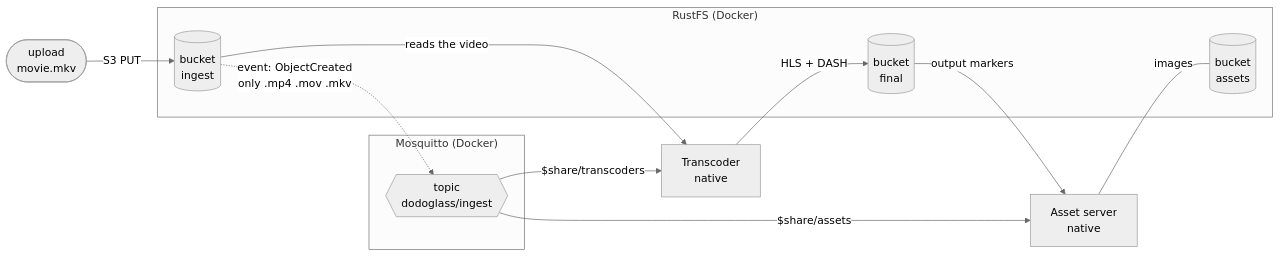
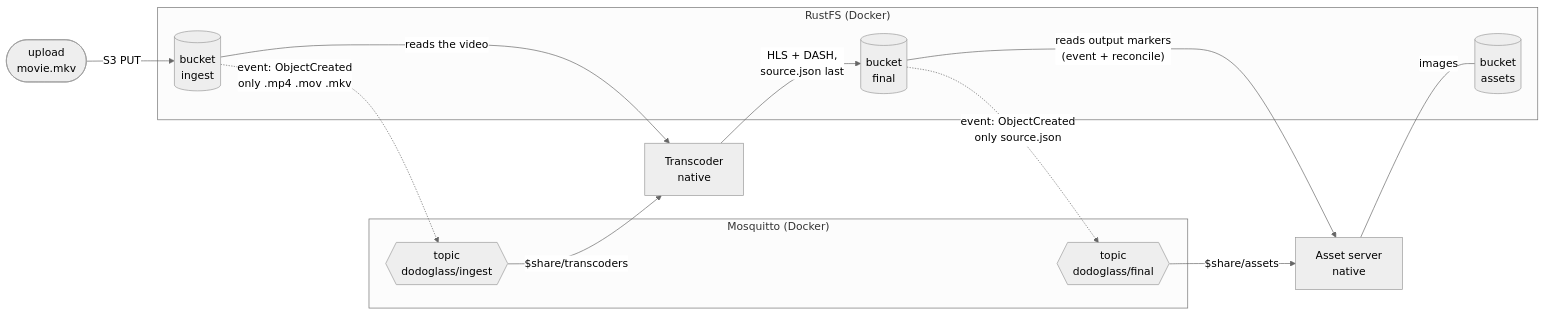
One commit to Domeimeie/DodoGlass changed the diagram in docs/architecture/infrastructure.md. Above: the diagram before and after it, drawn with Mermaid (neutral theme). The commit also changed other lines of this file and 6 other files, not shown here.

First line of the commit message:
Docs: Media files enter the catalogue from new markers in final

````diff
--- a/docs/architecture/infrastructure.md
+++ b/docs/architecture/infrastructure.md
@@ -32,19 +32,21 @@
 ```mermaid
 flowchart LR
     User([upload<br/>movie.mkv]) -->|S3 PUT| Ingest
     subgraph RustFS["RustFS (Docker)"]
         Ingest[("bucket<br/>ingest")]
         Final[("bucket<br/>final")]
         Assets[("bucket<br/>assets")]
     end
     Ingest -.->|"event: ObjectCreated<br/>only .mp4 .mov .mkv"| Broker
+    Final -.->|"event: ObjectCreated<br/>only source.json"| FinalTopic
     subgraph Mosquitto["Mosquitto (Docker)"]
         Broker{{"topic<br/>dodoglass/ingest"}}
+        FinalTopic{{"topic<br/>dodoglass/final"}}
     end
     Broker -->|"$share/transcoders"| T[Transcoder<br/>native]
-    Broker -->|"$share/assets"| A[Asset server<br/>native]
+    FinalTopic -->|"$share/assets"| A[Asset server<br/>native]
     Ingest -->|reads the video| T
-    T -->|HLS + DASH| Final
-    Final -->|output markers| A
+    T -->|"HLS + DASH,<br/>source.json last"| Final
+    Final -->|"reads output markers<br/>(event + reconcile)"| A
     A ---|images| Assets
 ```
````
